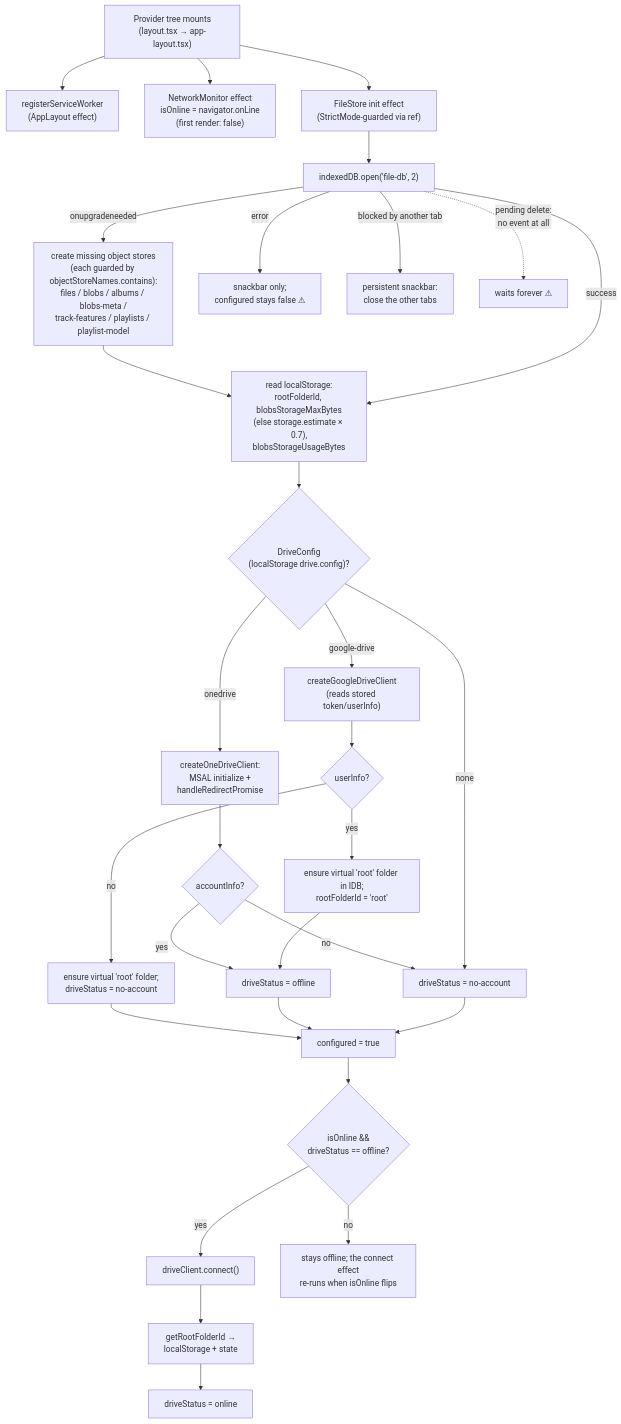
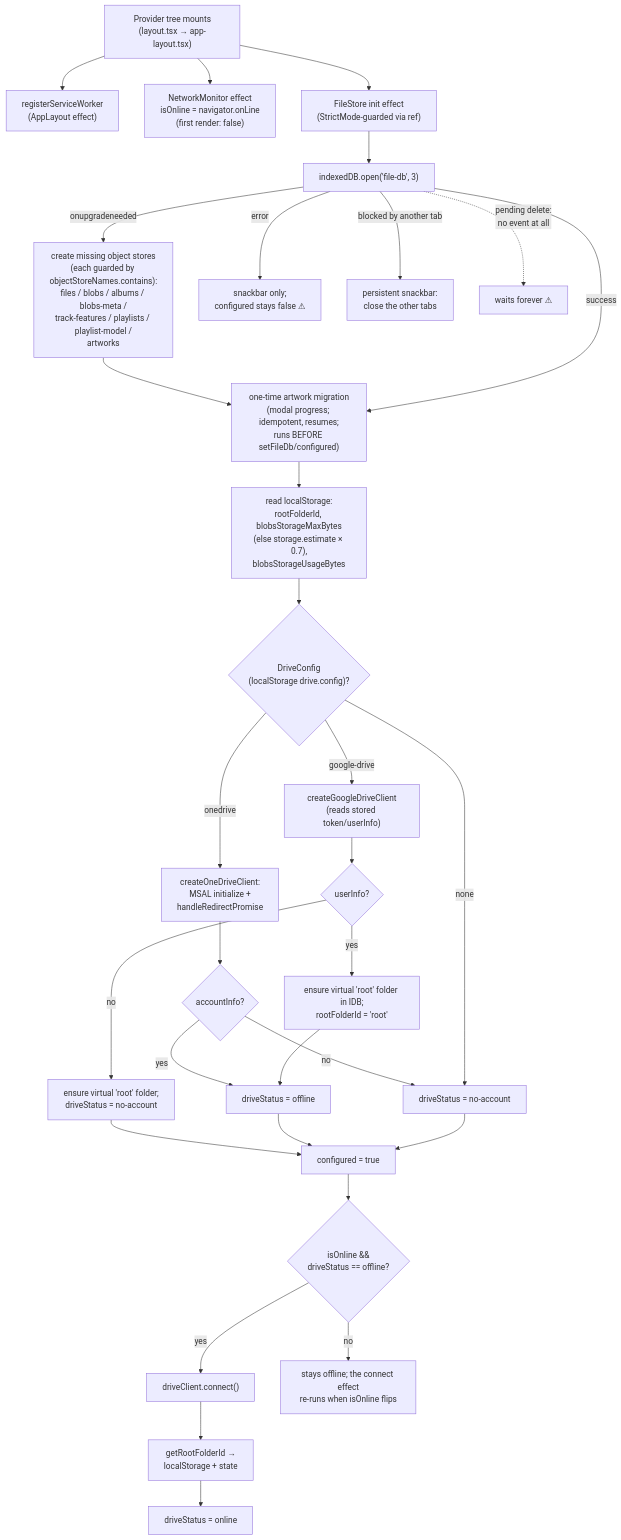
One commit to ContentsViewer/cloud-music-box changed the second of 5 diagrams in docs/architecture.md. Above: the diagram before and after it, drawn with Mermaid. The commit also changed other lines of this file and 28 other files, not shown here.

````diff
--- a/docs/architecture.md
+++ b/docs/architecture.md
@@ -257,39 +257,40 @@
 ```mermaid
 flowchart TD
   Mount["Provider tree mounts<br/>(layout.tsx → app-layout.tsx)"] --> SW["registerServiceWorker<br/>(AppLayout effect)"]
   Mount --> NM["NetworkMonitor effect<br/>isOnline = navigator.onLine<br/>(first render: false)"]
   Mount --> Init["FileStore init effect<br/>(StrictMode-guarded via ref)"]
 
-  Init --> Open["indexedDB.open('file-db', 2)"]
-  Open -- "onupgradeneeded" --> Create["create missing object stores<br/>(each guarded by objectStoreNames.contains):<br/>files / blobs / albums / blobs-meta /<br/>track-features / playlists / playlist-model"]
-  Create --> LSread
-  Open -- "success" --> LSread["read localStorage:<br/>rootFolderId, blobsStorageMaxBytes<br/>(else storage.estimate × 0.7),<br/>blobsStorageUsageBytes"]
+  Init --> Open["indexedDB.open('file-db', 3)"]
+  Open -- "onupgradeneeded" --> Create["create missing object stores<br/>(each guarded by objectStoreNames.contains):<br/>files / blobs / albums / blobs-meta /<br/>track-features / playlists / playlist-model /<br/>artworks"]
+  Create --> Migrate
+  Open -- "success" --> Migrate["one-time artwork migration<br/>(modal progress; idempotent, resumes;<br/>runs BEFORE setFileDb/configured)"]
+  Migrate --> LSread["read localStorage:<br/>rootFolderId, blobsStorageMaxBytes<br/>(else storage.estimate × 0.7),<br/>blobsStorageUsageBytes"]
   Open -- "error" --> Fail["snackbar only;<br/>configured stays false ⚠"]
   Open -- "blocked by another tab" --> Blocked["persistent snackbar:<br/>close the other tabs"]
   Open -. "pending delete:<br/>no event at all" .-> Hang["waits forever ⚠"]
 
   LSread --> Cfg{"DriveConfig<br/>(localStorage drive.config)?"}
 
   Cfg -- "onedrive" --> OD["createOneDriveClient:<br/>MSAL initialize +<br/>handleRedirectPromise"]
   OD --> ODacc{"accountInfo?"}
   ODacc -- "yes" --> StOff["driveStatus = offline"]
   ODacc -- "no" --> StNo["driveStatus = no-account"]
 
   Cfg -- "google-drive" --> GD["createGoogleDriveClient<br/>(reads stored token/userInfo)"]
   GD --> GDusr{"userInfo?"}
   GDusr -- "yes" --> GRoot["ensure virtual 'root' folder in IDB;<br/>rootFolderId = 'root'"]
   GDusr -- "no" --> GRootN["ensure virtual 'root' folder;<br/>driveStatus = no-account"]
   GRoot --> StOff
   GRootN --> Done
 
   Cfg -- "none" --> StNo
 
   StOff --> Done["configured = true"]
   StNo --> Done
 
   Done --> Gate{"isOnline &&<br/>driveStatus == offline?"}
   Gate -- "yes" --> Conn["driveClient.connect()"]
   Conn --> RootId["getRootFolderId →<br/>localStorage + state"]
   RootId --> Online["driveStatus = online"]
   Gate -- "no" --> Wait["stays offline; the connect effect<br/>re-runs when isOnline flips"]
 ```
````
